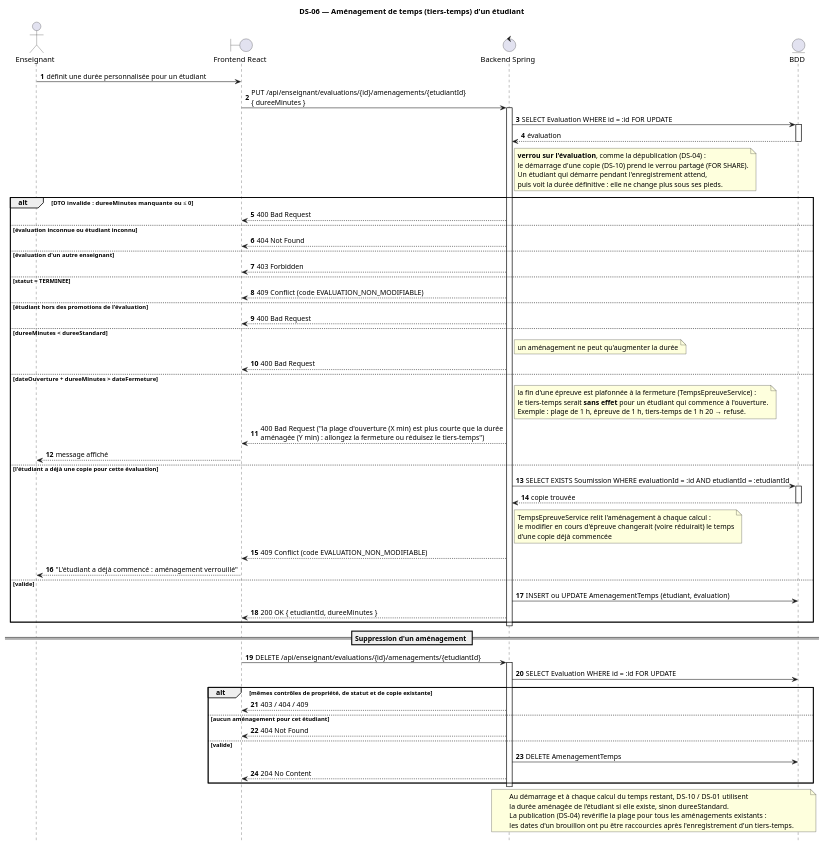
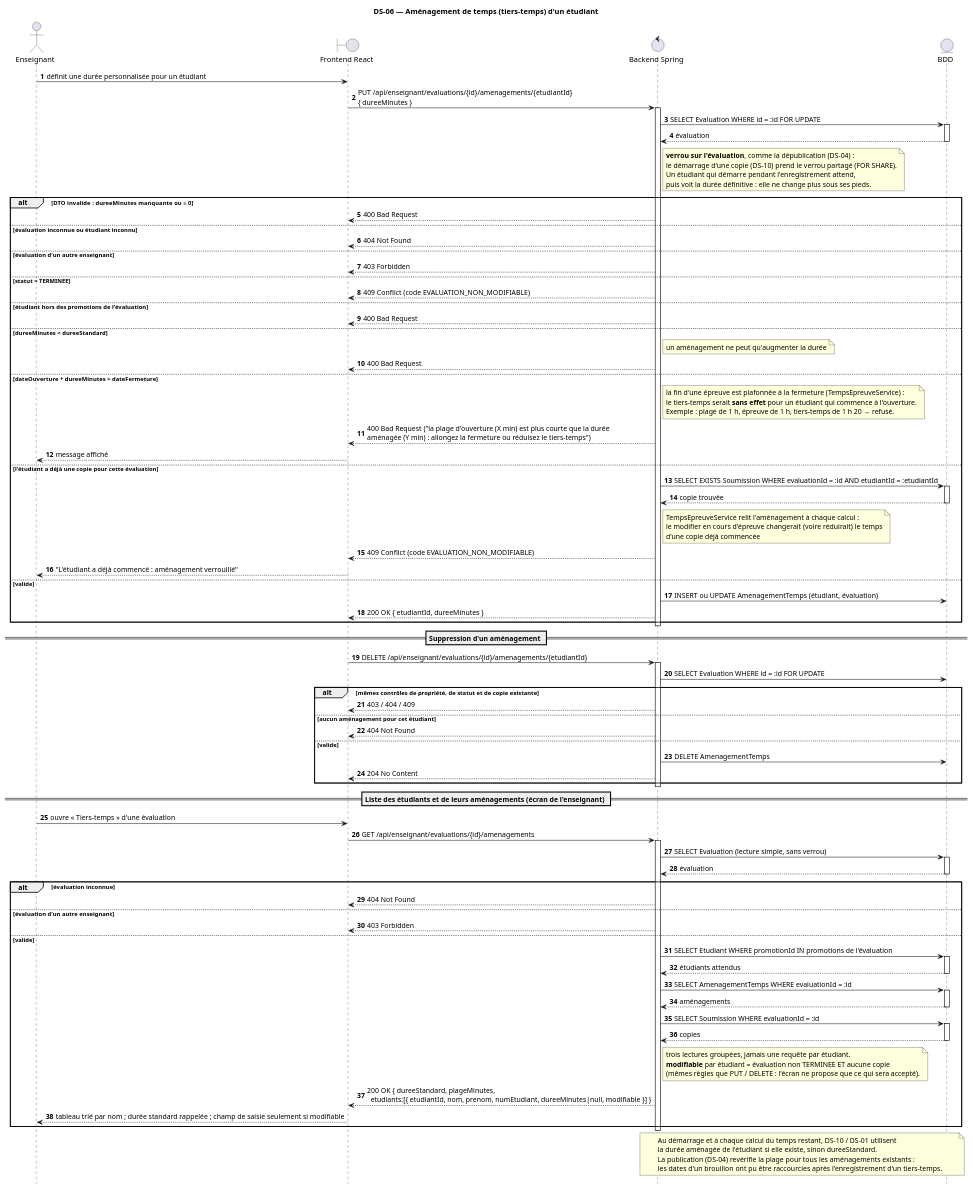
Before and after one commit to MorLeye75/eval-platform: the diagram in docs/diagrammes-sequence/DS-06-amenagement-temps.puml, drawn with PlantUML. The commit also changed 14 other files, not shown here.

First line of the commit message:
DS-06 : écran du tiers-temps et liste des étudiants attendus

```diff
--- a/docs/diagrammes-sequence/DS-06-amenagement-temps.puml
+++ b/docs/diagrammes-sequence/DS-06-amenagement-temps.puml
@@ -1,64 +1,86 @@
 @startuml DS-06_amenagement_temps
 title DS-06 — Aménagement de temps (tiers-temps) d'un étudiant
 hide footbox
 autonumber
 actor "Enseignant" as E
 boundary "Frontend React" as F
 control "Backend Spring" as B
 entity "BDD" as D
 
 E -> F : définit une durée personnalisée pour un étudiant
 F -> B ++ : PUT /api/enseignant/evaluations/{id}/amenagements/{etudiantId}\n{ dureeMinutes }
 B -> D ++ : SELECT Evaluation WHERE id = :id FOR UPDATE
 D --> B -- : évaluation
 note right of B : **verrou sur l'évaluation**, comme la dépublication (DS-04) :\nle démarrage d'une copie (DS-10) prend le verrou partagé (FOR SHARE).\nUn étudiant qui démarre pendant l'enregistrement attend,\npuis voit la durée définitive : elle ne change plus sous ses pieds.
 
 alt DTO invalide : dureeMinutes manquante ou ≤ 0
   B --> F : 400 Bad Request
 else évaluation inconnue ou étudiant inconnu
   B --> F : 404 Not Found
 else évaluation d'un autre enseignant
   B --> F : 403 Forbidden
 else statut = TERMINEE
   B --> F : 409 Conflict (code EVALUATION_NON_MODIFIABLE)
 else étudiant hors des promotions de l'évaluation
   B --> F : 400 Bad Request
 else dureeMinutes < dureeStandard
   note right of B : un aménagement ne peut qu'augmenter la durée
   B --> F : 400 Bad Request
 else dateOuverture + dureeMinutes > dateFermeture
   note right of B : la fin d'une épreuve est plafonnée à la fermeture (TempsEpreuveService) :\nle tiers-temps serait **sans effet** pour un étudiant qui commence à l'ouverture.\nExemple : plage de 1 h, épreuve de 1 h, tiers-temps de 1 h 20 → refusé.
   B --> F : 400 Bad Request ("la plage d'ouverture (X min) est plus courte que la durée\naménagée (Y min) : allongez la fermeture ou réduisez le tiers-temps")
   F --> E : message affiché
 else l'étudiant a déjà une copie pour cette évaluation
   B -> D ++ : SELECT EXISTS Soumission WHERE evaluationId = :id AND etudiantId = :etudiantId
   D --> B -- : copie trouvée
   note right of B : TempsEpreuveService relit l'aménagement à chaque calcul :\nle modifier en cours d'épreuve changerait (voire réduirait) le temps\nd'une copie déjà commencée
   B --> F : 409 Conflict (code EVALUATION_NON_MODIFIABLE)
   F --> E : "L'étudiant a déjà commencé : aménagement verrouillé"
 else valide
   B -> D : INSERT ou UPDATE AmenagementTemps (étudiant, évaluation)
   B --> F : 200 OK { etudiantId, dureeMinutes }
 end
 deactivate B
 
 == Suppression d'un aménagement ==
 F -> B ++ : DELETE /api/enseignant/evaluations/{id}/amenagements/{etudiantId}
 B -> D : SELECT Evaluation WHERE id = :id FOR UPDATE
 alt mêmes contrôles de propriété, de statut et de copie existante
   B --> F : 403 / 404 / 409
 else aucun aménagement pour cet étudiant
   B --> F : 404 Not Found
 else valide
   B -> D : DELETE AmenagementTemps
   B --> F : 204 No Content
 end
 deactivate B
 
+== Liste des étudiants et de leurs aménagements (écran de l'enseignant) ==
+E -> F : ouvre « Tiers-temps » d'une évaluation
+F -> B ++ : GET /api/enseignant/evaluations/{id}/amenagements
+B -> D ++ : SELECT Evaluation (lecture simple, sans verrou)
+D --> B -- : évaluation
+alt évaluation inconnue
+  B --> F : 404 Not Found
+else évaluation d'un autre enseignant
+  B --> F : 403 Forbidden
+else valide
+  B -> D ++ : SELECT Etudiant WHERE promotionId IN promotions de l'évaluation
+  D --> B -- : étudiants attendus
+  B -> D ++ : SELECT AmenagementTemps WHERE evaluationId = :id
+  D --> B -- : aménagements
+  B -> D ++ : SELECT Soumission WHERE evaluationId = :id
+  D --> B -- : copies
+  note right of B : trois lectures groupées, jamais une requête par étudiant.\n**modifiable** par étudiant = évaluation non TERMINEE ET aucune copie\n(mêmes règles que PUT / DELETE : l'écran ne propose que ce qui sera accepté).
+  B --> F : 200 OK { dureeStandard, plageMinutes,\n  etudiants:[{ etudiantId, nom, prenom, numEtudiant, dureeMinutes|null, modifiable }] }
+  F --> E : tableau trié par nom ; durée standard rappelée ; champ de saisie seulement si modifiable
+end
+deactivate B
+
 note over B, D
   Au démarrage et à chaque calcul du temps restant, DS-10 / DS-01 utilisent
   la durée aménagée de l'étudiant si elle existe, sinon dureeStandard.
   La publication (DS-04) revérifie la plage pour tous les aménagements existants :
   les dates d'un brouillon ont pu être raccourcies après l'enregistrement d'un tiers-temps.
 end note
 @enduml
```
